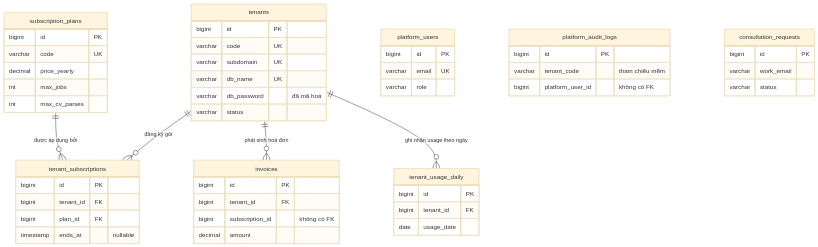
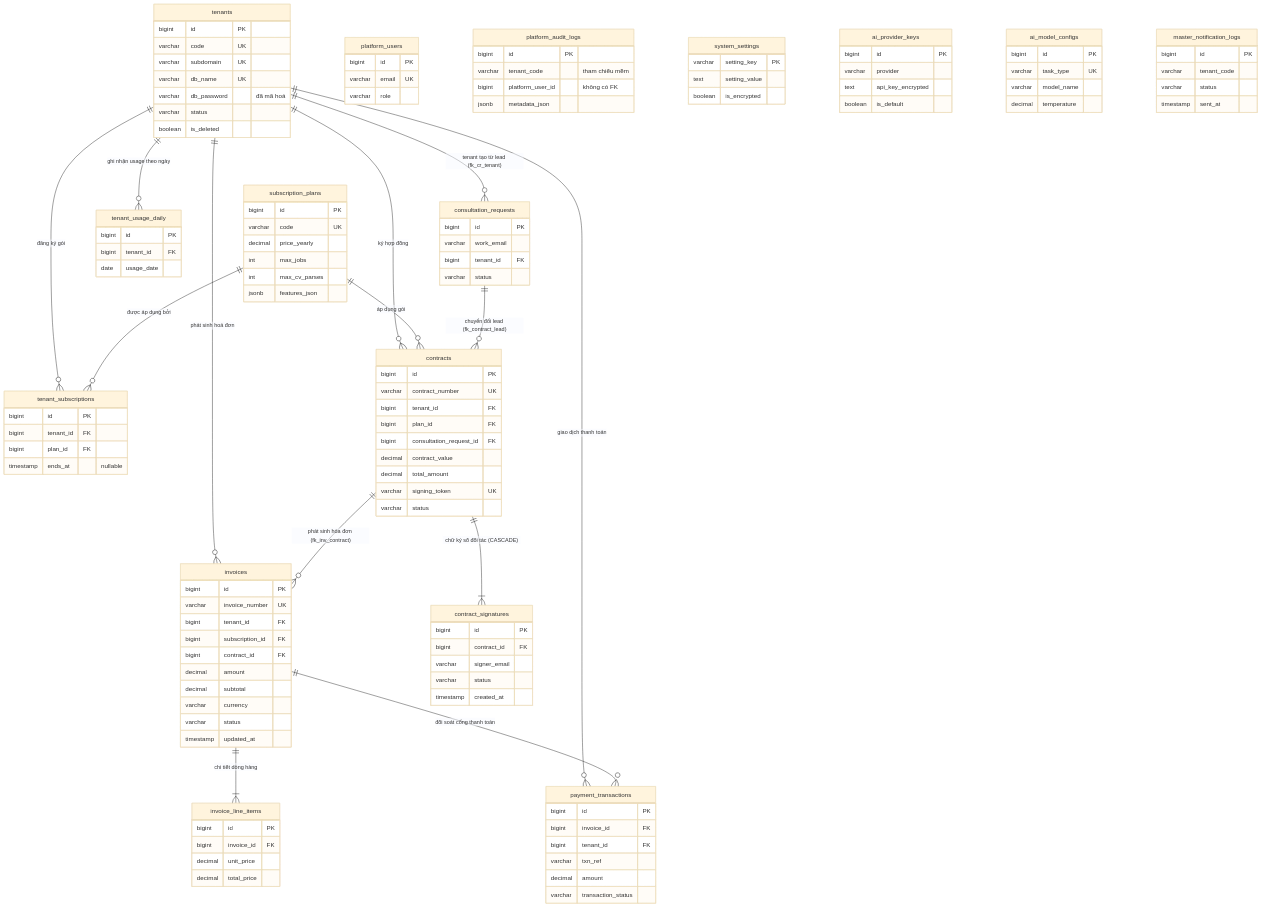
Before and after one commit to hieupnh12/SmartHire-AI: the second of 12 diagrams in docs/database/README.md, drawn with Mermaid (base theme). The commit also changed other lines of this file and 65 other files, not shown here.

````diff
--- a/docs/database/README.md
+++ b/docs/database/README.md
@@ -254,7 +262,16 @@
     tenants ||--o{ tenant_subscriptions : "đăng ký gói"
     subscription_plans ||--o{ tenant_subscriptions : "được áp dụng bởi"
     tenants ||--o{ invoices : "phát sinh hoá đơn"
+    tenants ||--o{ contracts : "ký hợp đồng"
     tenants ||--o{ tenant_usage_daily : "ghi nhận usage theo ngày"
+    tenants ||--o{ payment_transactions : "giao dịch thanh toán"
+    subscription_plans ||--o{ contracts : "áp dụng gói"
+    invoices ||--|{ invoice_line_items : "chi tiết dòng hàng"
+    invoices ||--o{ payment_transactions : "đối soát cổng thanh toán"
+    contracts ||--o{ invoices : "phát sinh hóa đơn (fk_inv_contract)"
+    contracts ||--|{ contract_signatures : "chữ ký số đối tác (CASCADE)"
+    consultation_requests ||--o{ contracts : "chuyển đổi lead (fk_contract_lead)"
+    tenants ||--o{ consultation_requests : "tenant tạo từ lead (fk_cr_tenant)"
 
     tenants {
         bigint id PK
@@ -263,6 +280,7 @@
         varchar db_name UK
         varchar db_password "đã mã hoá"
         varchar status
+        boolean is_deleted
     }
     subscription_plans {
         bigint id PK
@@ -270,6 +288,7 @@
         decimal price_yearly
         int max_jobs
         int max_cv_parses
+        jsonb features_json
     }
     tenant_subscriptions {
         bigint id PK
@@ -279,9 +298,47 @@
     }
     invoices {
         bigint id PK
+        varchar invoice_number UK
         bigint tenant_id FK
-        bigint subscription_id "không có FK"
+        bigint subscription_id FK
+        bigint contract_id FK
         decimal amount
+        decimal subtotal
+        varchar currency
+        varchar status
+        timestamp updated_at
+    }
+    invoice_line_items {
+        bigint id PK
+        bigint invoice_id FK
+        decimal unit_price
+        decimal total_price
+    }
+    payment_transactions {
+        bigint id PK
+        bigint invoice_id FK
+        bigint tenant_id FK
+        varchar txn_ref
+        decimal amount
+        varchar transaction_status
+    }
+    contracts {
+        bigint id PK
+        varchar contract_number UK
+        bigint tenant_id FK
+        bigint plan_id FK
+        bigint consultation_request_id FK
+        decimal contract_value
+        decimal total_amount
+        varchar signing_token UK
+        varchar status
+    }
+    contract_signatures {
+        bigint id PK
+        bigint contract_id FK
+        varchar signer_email
+        varchar status
+        timestamp created_at
     }
     tenant_usage_daily {
         bigint id PK
@@ -297,10 +354,35 @@
         bigint id PK
         varchar tenant_code "tham chiếu mềm"
         bigint platform_user_id "không có FK"
+        jsonb metadata_json
     }
     consultation_requests {
         bigint id PK
         varchar work_email
+        bigint tenant_id FK
         varchar status
     }
+    system_settings {
+        varchar setting_key PK
+        text setting_value
+        boolean is_encrypted
+    }
+    ai_provider_keys {
+        bigint id PK
+        varchar provider
+        text api_key_encrypted
+        boolean is_default
+    }
+    ai_model_configs {
+        bigint id PK
+        varchar task_type UK
+        varchar model_name
+        decimal temperature
+    }
+    master_notification_logs {
+        bigint id PK
+        varchar tenant_code
+        varchar status
+        timestamp sent_at
+    }
 ```
````
